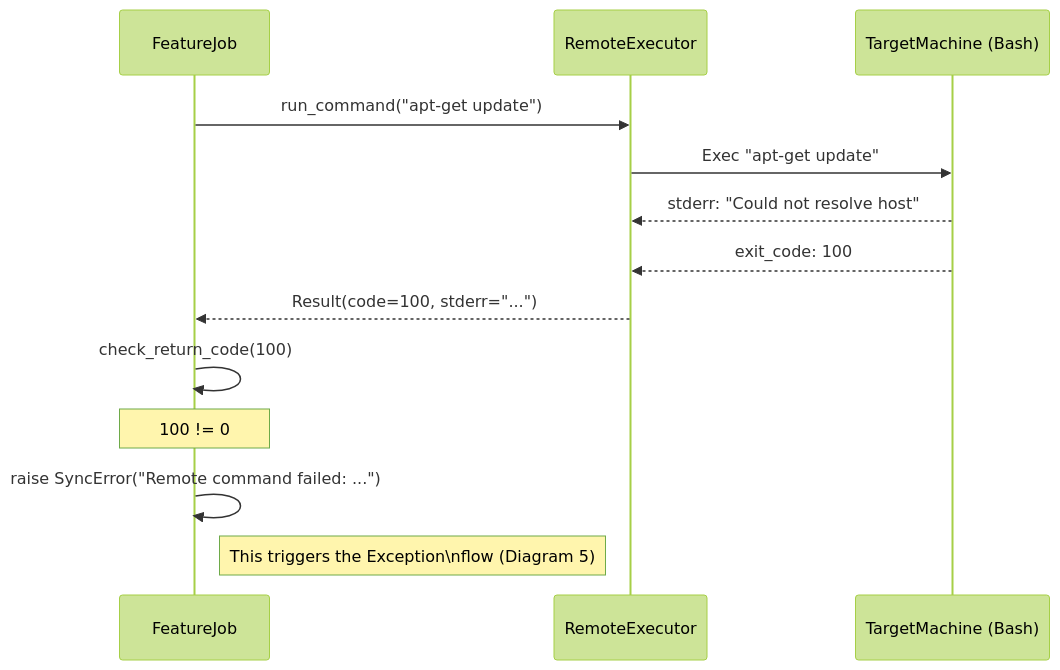
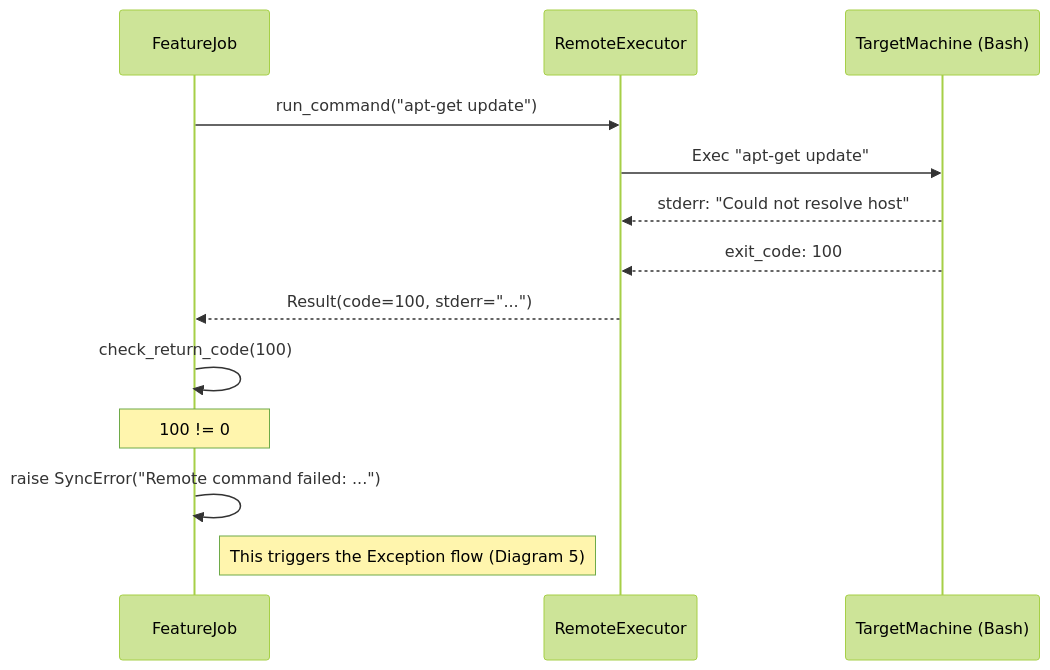
The fifth of 9 diagrams in specs/001-foundation/architecture-gemini-3.md (flaksit/pc-switcher), drawn with Mermaid (forest theme) before and after one commit. The commit also changed other lines of this file and 2 other files, not shown here.

Commit message:
(first) architecture by other AIs

````diff
--- a/specs/001-foundation/architecture-gemini-3.md
+++ b/specs/001-foundation/architecture-gemini-3.md
@@ -244,21 +244,21 @@
 ```mermaid
 sequenceDiagram
     participant Job as FeatureJob
     participant SSH as RemoteExecutor
     participant Target as TargetMachine (Bash)
 
     Job->>SSH: run_command("apt-get update")
     SSH->>Target: Exec "apt-get update"
     
     Target-->>SSH: stderr: "Could not resolve host"
     Target-->>SSH: exit_code: 100
     
     SSH-->>Job: Result(code=100, stderr="...")
     
     Job->>Job: check_return_code(100)
     Note over Job: 100 != 0
     
     Job->>Job: raise SyncError("Remote command failed: ...")
     
-    Note right of Job: This triggers the Exception\nflow (Diagram 5)
+    Note right of Job: This triggers the Exception flow (Diagram 5)
 ```
````
